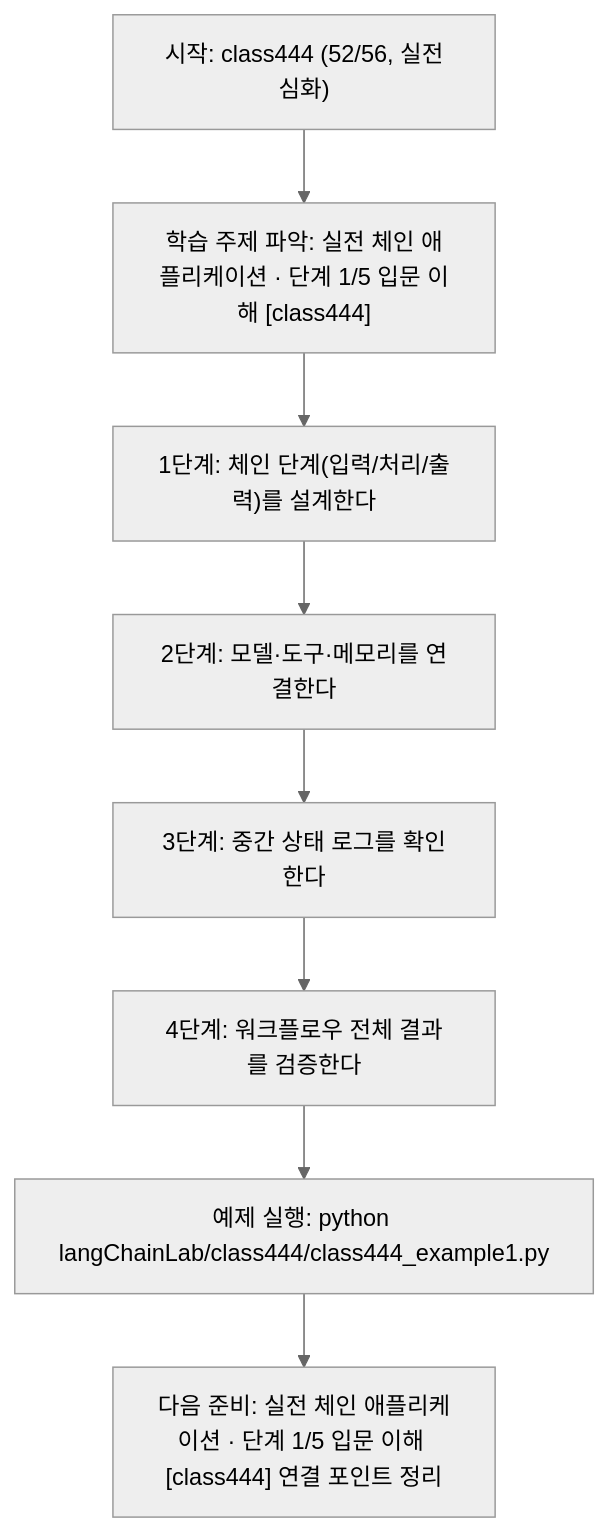
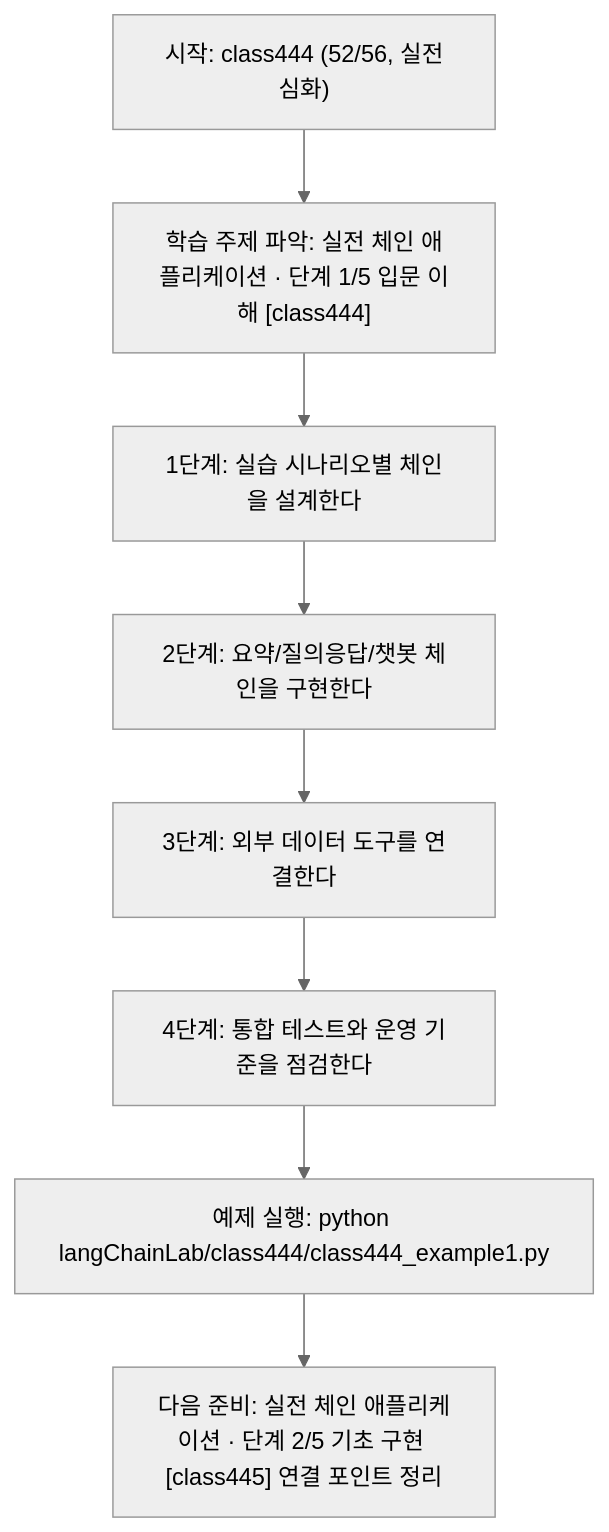
One commit to edumgt/Python-AI_Agent-Class changed the diagram in langChainLab/class444/class444.md. Above: the diagram before and after it, drawn with Mermaid (neutral theme). The commit also changed other lines of this file and 395 other files, not shown here.

````diff
--- a/langChainLab/class444/class444.md
+++ b/langChainLab/class444/class444.md
@@ -110,18 +91,18 @@
 ```mermaid
 flowchart TD
 N1["시작: class444 (52/56, 실전심화)"]
 N2["학습 주제 파악: 실전 체인 애플리케이션 · 단계 1/5 입문 이해 [class444]"]
-N3["1단계: 체인 단계(입력/처리/출력)를 설계한다"]
-N4["2단계: 모델·도구·메모리를 연결한다"]
-N5["3단계: 중간 상태 로그를 확인한다"]
-N6["4단계: 워크플로우 전체 결과를 검증한다"]
+N3["1단계: 실습 시나리오별 체인을 설계한다"]
+N4["2단계: 요약/질의응답/챗봇 체인을 구현한다"]
+N5["3단계: 외부 데이터 도구를 연결한다"]
+N6["4단계: 통합 테스트와 운영 기준을 점검한다"]
 N7["예제 실행: python langChainLab/class444/class444_example1.py"]
-N8["다음 준비: 실전 체인 애플리케이션 · 단계 1/5 입문 이해 [class444] 연결 포인트 정리"]
+N8["다음 준비: 실전 체인 애플리케이션 · 단계 2/5 기초 구현 [class445] 연결 포인트 정리"]
 N1 --> N2
 N2 --> N3
 N3 --> N4
 N4 --> N5
 N5 --> N6
 N6 --> N7
 N7 --> N8
 ```
````
